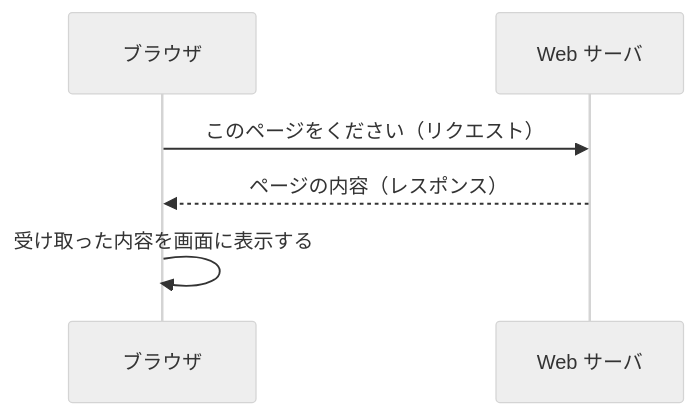
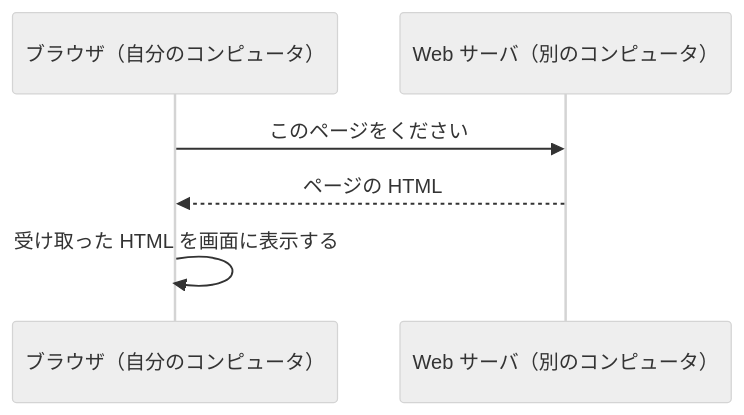
Before and after one commit to Appricot144/teaching-material: the second of 2 diagrams in servlet/01-web-basics/01-what-is-web-server.md, drawn with Mermaid (neutral theme). The commit also changed other lines of this file and 5 other files, not shown here.

````diff
--- a/servlet/01-web-basics/01-what-is-web-server.md
+++ b/servlet/01-web-basics/01-what-is-web-server.md
@@ -11,8 +22,8 @@
 ```mermaid
 sequenceDiagram
-    participant B as ブラウザ
-    participant S as Web サーバ
-    B->>S: このページをください（リクエスト）
-    S-->>B: ページの内容（レスポンス）
-    B->>B: 受け取った内容を画面に表示する
+    participant B as ブラウザ（自分のコンピュータ）
+    participant S as Web サーバ（別のコンピュータ）
+    B->>S: このページをください
+    S-->>B: ページの HTML
+    B->>B: 受け取った HTML を画面に表示する
 ```
````
